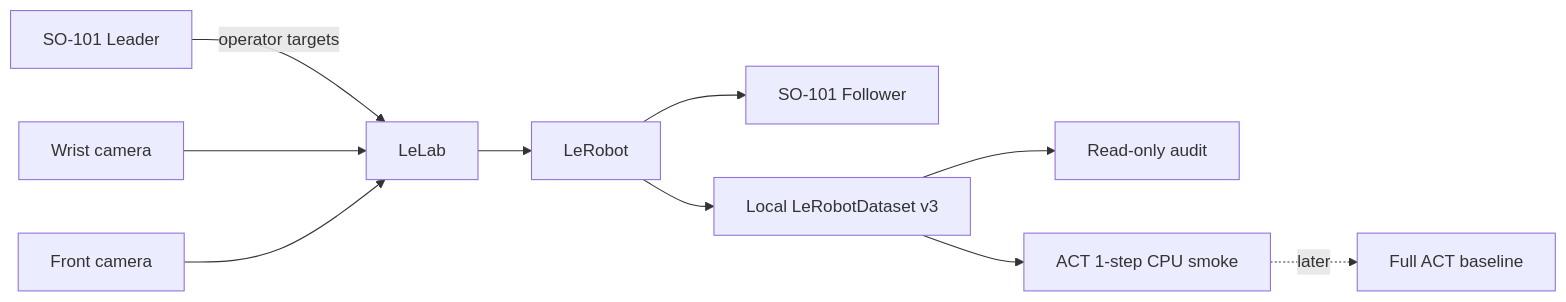
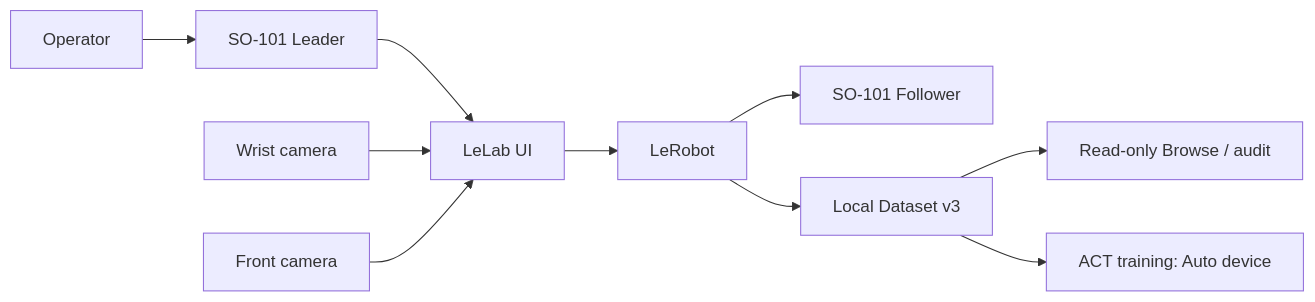
One commit to sgyliu8/LeRobot changed the diagram in README.md. Above: the diagram before and after it, drawn with Mermaid. The commit also changed other lines of this file and 4 other files, not shown here.

````diff
--- a/README.md
+++ b/README.md
@@ -48,12 +57,12 @@
 ```mermaid
 flowchart LR
-    L[SO-101 Leader] -->|operator targets| LL[LeLab]
-    W[Wrist camera] --> LL
-    F[Front camera] --> LL
-    LL --> LR[LeRobot]
+    O[Operator] --> L[SO-101 Leader]
+    L --> UI[LeLab UI]
+    W[Wrist camera] --> UI
+    F[Front camera] --> UI
+    UI --> LR[LeRobot]
     LR --> R[SO-101 Follower]
-    LR --> D[Local LeRobotDataset v3]
-    D --> A[Read-only audit]
-    D --> S[ACT 1-step CPU smoke]
-    S -. later .-> T[Full ACT baseline]
+    LR --> D[Local Dataset v3]
+    D --> B[Read-only Browse / audit]
+    D --> T[ACT training: Auto device]
 ```
````
